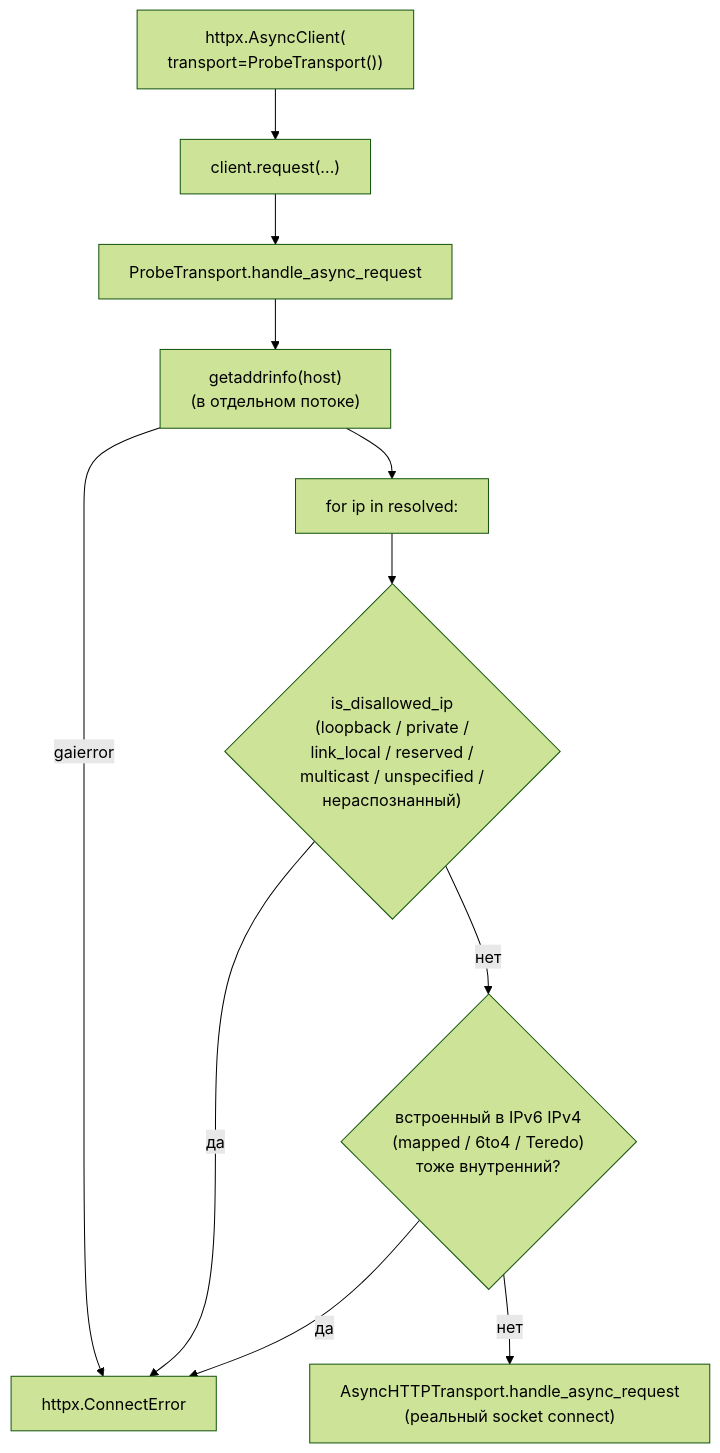
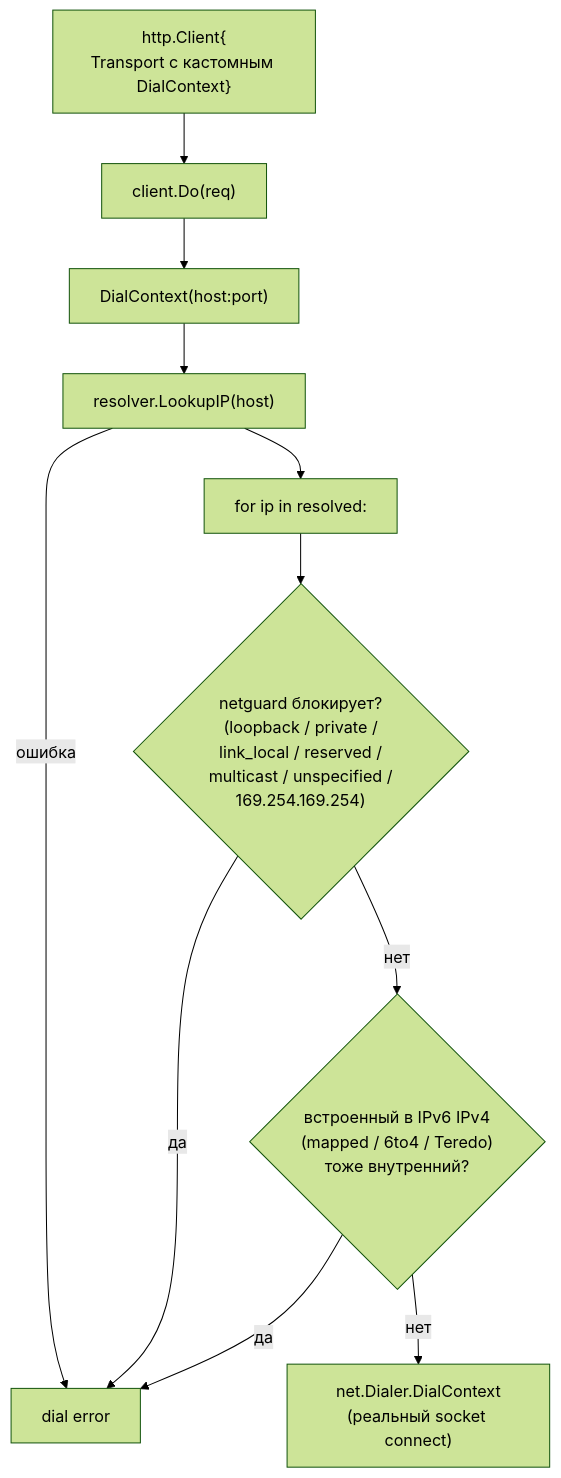
Diagram 11 of 20 in docs/ARCH_DIAGRAMS.md (nkolomiika/FROST), drawn with Mermaid (forest theme) before and after one commit. The commit also changed other lines of this file and 11 other files, not shown here.

````diff
--- a/docs/ARCH_DIAGRAMS.md
+++ b/docs/ARCH_DIAGRAMS.md
@@ -375,14 +361,14 @@
 ```mermaid
 flowchart TB
-    Client["httpx.AsyncClient(<br/>transport=ProbeTransport())"]
-    Client --> Request["client.request(...)"]
-    Request --> TransportCheck["ProbeTransport.handle_async_request"]
-    TransportCheck --> Resolve["getaddrinfo(host)<br/>(в отдельном потоке)"]
-    Resolve -->|gaierror| ConnectError["httpx.ConnectError"]
+    Client["http.Client{<br/>Transport с кастомным DialContext}"]
+    Client --> Request["client.Do(req)"]
+    Request --> TransportCheck["DialContext(host:port)"]
+    TransportCheck --> Resolve["resolver.LookupIP(host)"]
+    Resolve -->|ошибка| ConnectError["dial error"]
     Resolve --> ForEach["for ip in resolved:"]
-    ForEach --> Disallowed{"is_disallowed_ip<br/>(loopback / private /<br/>link_local / reserved /<br/>multicast / unspecified /<br/>нераспознанный)"}
+    ForEach --> Disallowed{"netguard блокирует?<br/>(loopback / private /<br/>link_local / reserved /<br/>multicast / unspecified /<br/>169.254.169.254)"}
     Disallowed -->|да| ConnectError
     Disallowed -->|нет| Embedded{"встроенный в IPv6 IPv4<br/>(mapped / 6to4 / Teredo)<br/>тоже внутренний?"}
     Embedded -->|да| ConnectError
-    Embedded -->|нет| ParentTransport["AsyncHTTPTransport.handle_async_request<br/>(реальный socket connect)"]
+    Embedded -->|нет| ParentTransport["net.Dialer.DialContext<br/>(реальный socket connect)"]
 ```
````
